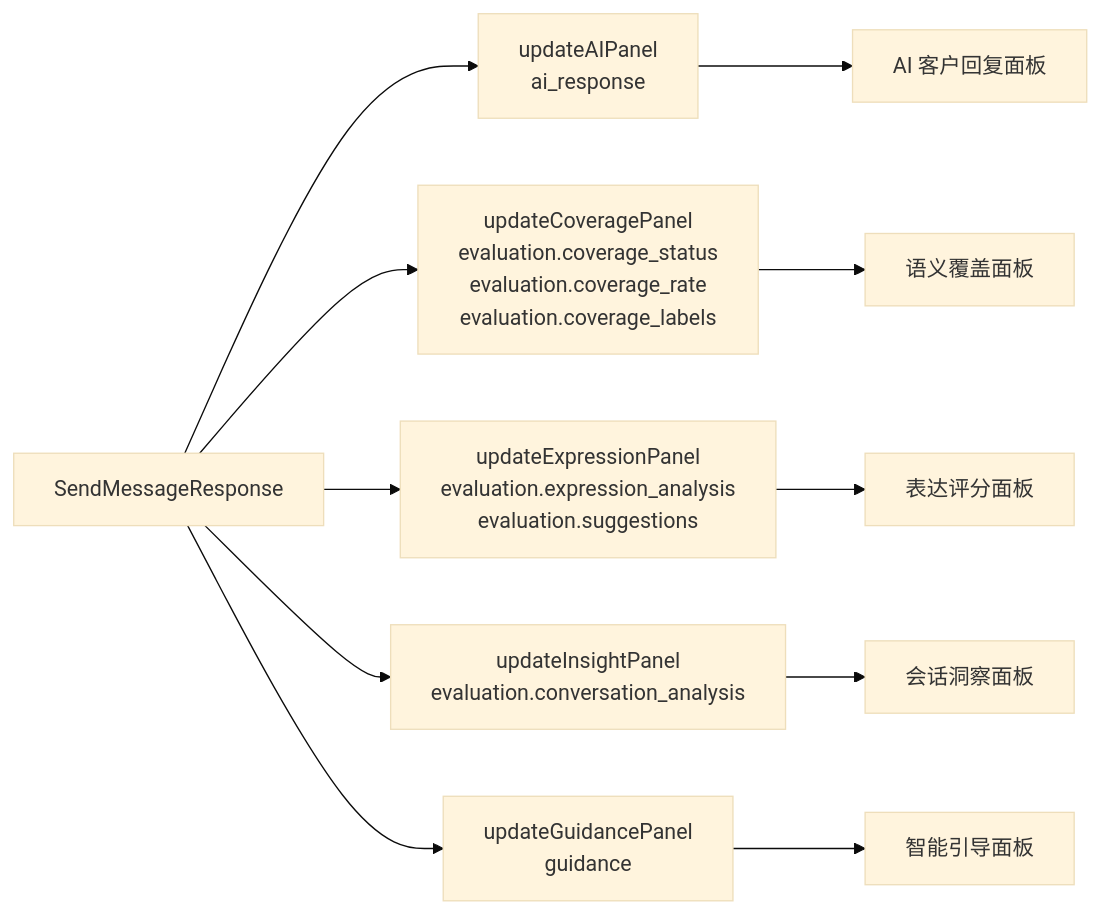
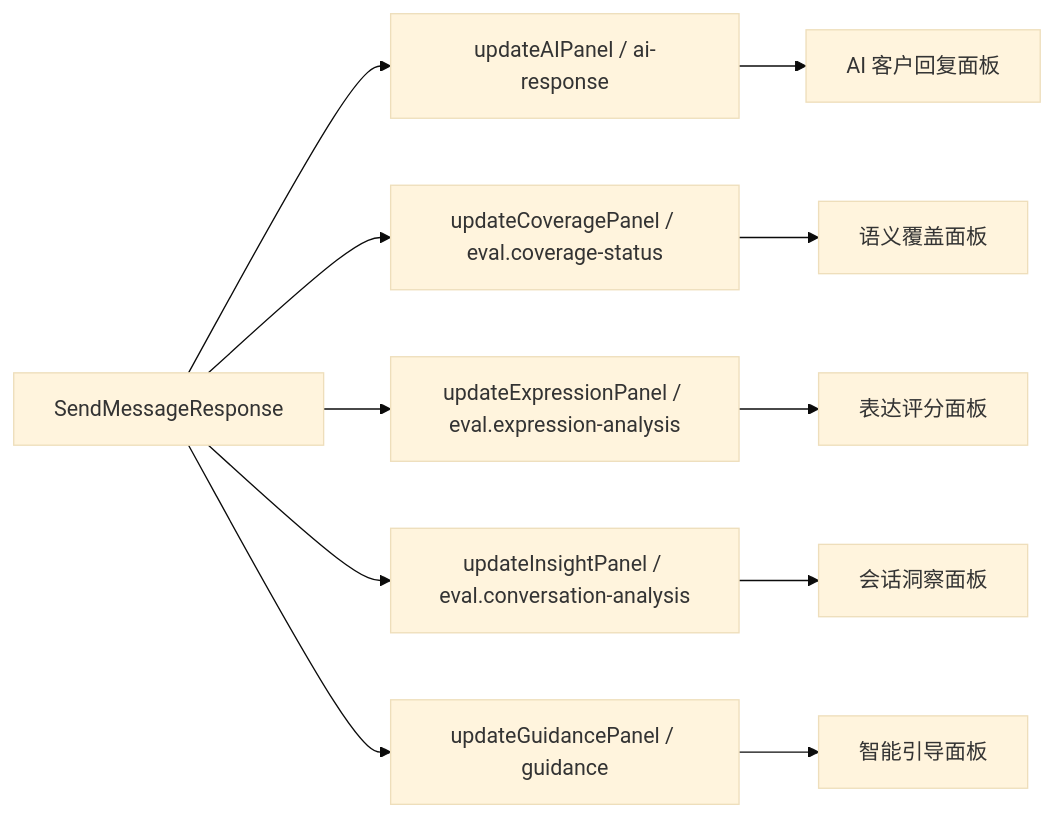
Before and after one commit to xt765/UMU-Sales-Trainer: the fourth of 5 diagrams in docs/architecture.md, drawn with Mermaid (base theme). The commit also changed other lines of this file and 1 other file, not shown here.

Commit message:
fix: make all mermaid diagrams compatible with Gitee/GitHub renderer - quote labels, replace underscores, fix bracket syntax

````diff
--- a/docs/architecture.md
+++ b/docs/architecture.md
@@ -582,14 +582,14 @@
 ```mermaid
 graph LR
-    RESP[SendMessageResponse] --> AI[updateAIPanel<br/>ai_response]
-    RESP --> COV[updateCoveragePanel<br/>evaluation.coverage_status<br/>evaluation.coverage_rate<br/>evaluation.coverage_labels]
-    RESP --> EXP[updateExpressionPanel<br/>evaluation.expression_analysis<br/>evaluation.suggestions]
-    RESP --> CONV[updateInsightPanel<br/>evaluation.conversation_analysis]
-    RESP --> GUID[updateGuidancePanel<br/>guidance]
+    RESP["SendMessageResponse"] --> AI["updateAIPanel / ai-response"]
+    RESP --> COV["updateCoveragePanel / eval.coverage-status"]
+    RESP --> EXP["updateExpressionPanel / eval.expression-analysis"]
+    RESP --> CONV["updateInsightPanel / eval.conversation-analysis"]
+    RESP --> GUID["updateGuidancePanel / guidance"]
 
-    AI --> P1[AI 客户回复面板]
-    COV --> P2[语义覆盖面板]
-    EXP --> P3[表达评分面板]
-    CONV --> P4[会话洞察面板]
-    GUID --> P5[智能引导面板]
+    AI --> P1["AI 客户回复面板"]
+    COV --> P2["语义覆盖面板"]
+    EXP --> P3["表达评分面板"]
+    CONV --> P4["会话洞察面板"]
+    GUID --> P5["智能引导面板"]
 ```
````
